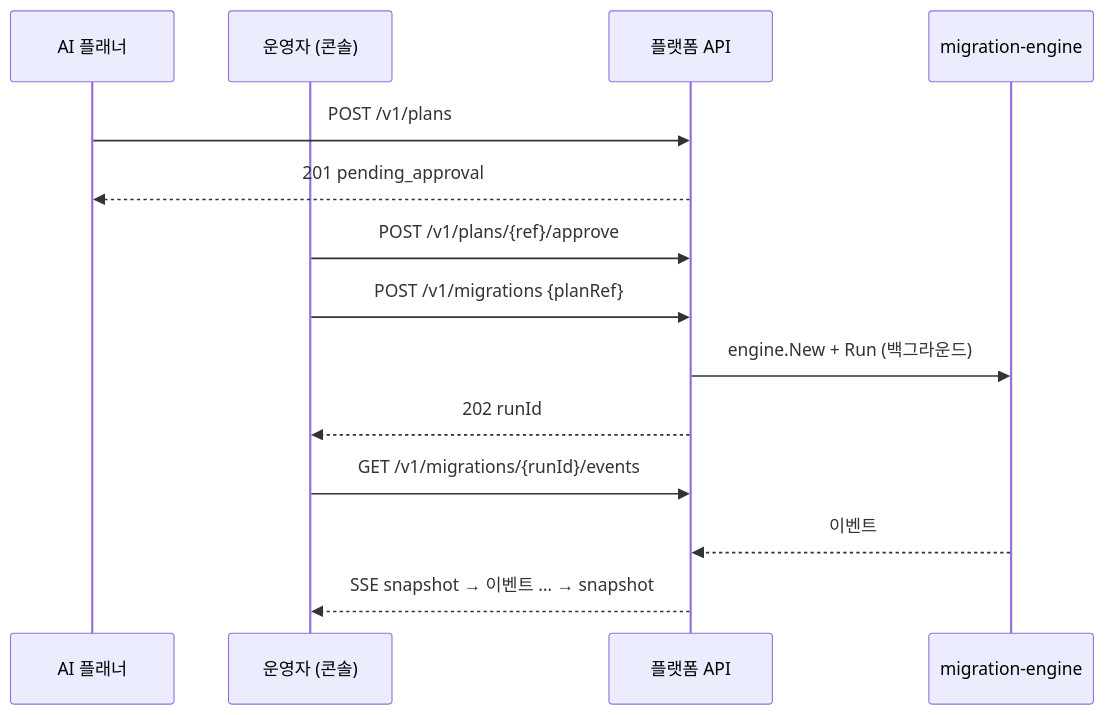
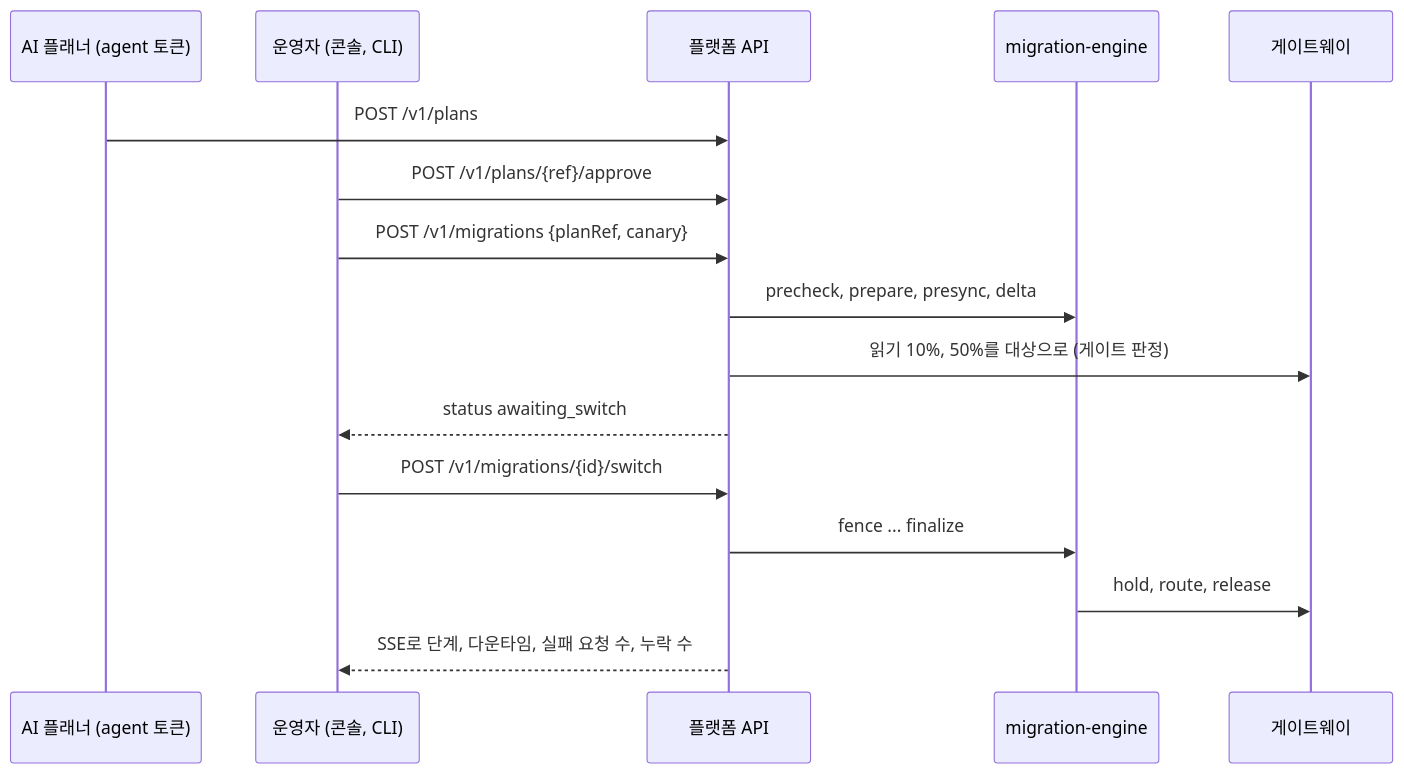
One commit to 2026-Softbank-Hackathon-Charlie/platform changed the diagram in README.md. Above: the diagram before and after it, drawn with Mermaid. The commit also changed other lines of this file and 38 other files, not shown here.

Commit message:
feat: 플랫폼 API 2차 (역할, 감사 로그, 실행 단계, SSE 재생)

````diff
--- a/README.md
+++ b/README.md
@@ -17,17 +28,19 @@
 ```mermaid
 sequenceDiagram
-    participant AI as AI 플래너
-    participant Op as 운영자 (콘솔)
+    participant AI as AI 플래너 (agent 토큰)
+    participant Op as 운영자 (콘솔, CLI)
     participant API as 플랫폼 API
     participant Eng as migration-engine
+    participant GW as 게이트웨이
 
     AI->>API: POST /v1/plans
-    API-->>AI: 201 pending_approval
     Op->>API: POST /v1/plans/{ref}/approve
-    Op->>API: POST /v1/migrations {planRef}
-    API->>Eng: engine.New + Run (백그라운드)
-    API-->>Op: 202 runId
-    Op->>API: GET /v1/migrations/{runId}/events
-    Eng-->>API: 이벤트
-    API-->>Op: SSE snapshot → 이벤트 … → snapshot
+    Op->>API: POST /v1/migrations {planRef, canary}
+    API->>Eng: precheck, prepare, presync, delta
+    API->>GW: 읽기 10%, 50%를 대상으로 (게이트 판정)
+    API-->>Op: status awaiting_switch
+    Op->>API: POST /v1/migrations/{id}/switch
+    API->>Eng: fence ... finalize
+    Eng->>GW: hold, route, release
+    API-->>Op: SSE로 단계, 다운타임, 실패 요청 수, 누락 수
 ```
````
